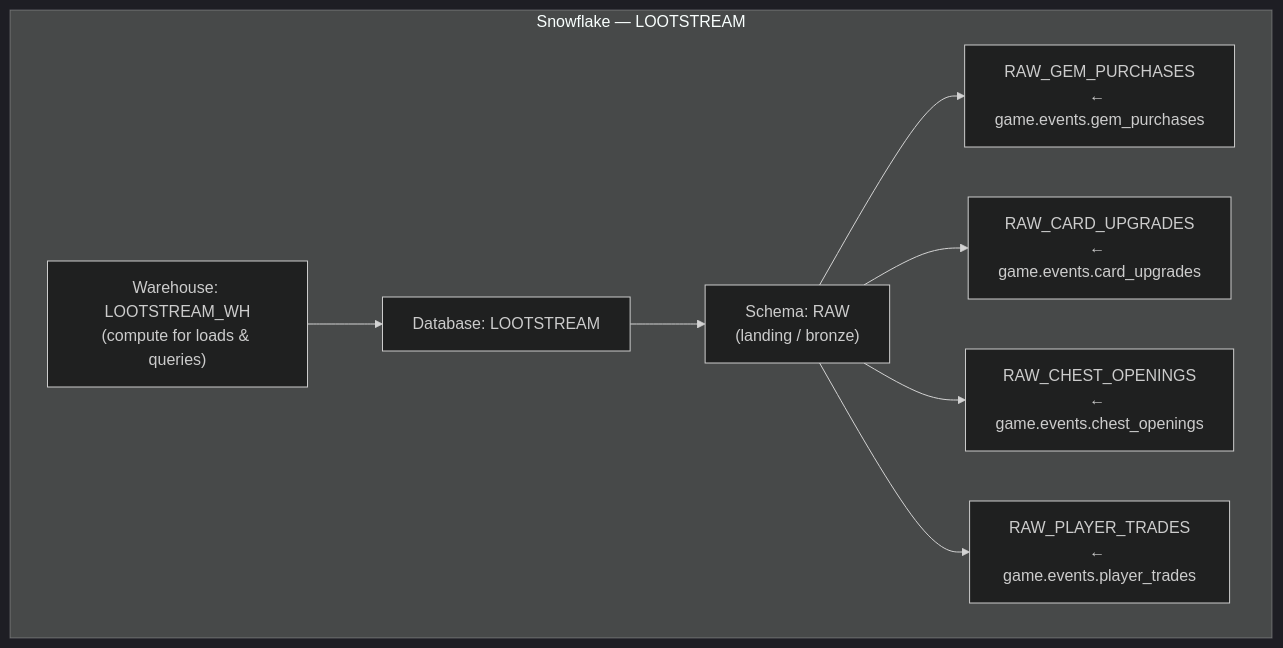
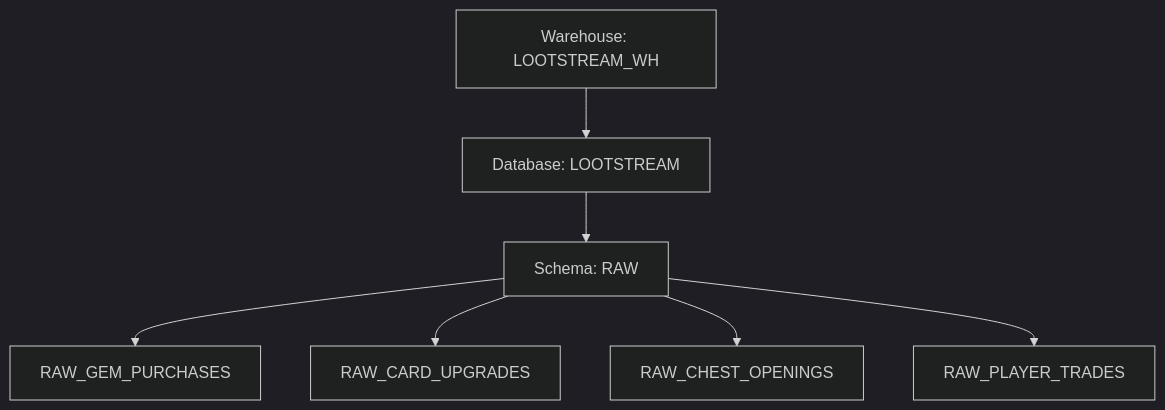
One commit to Nishieee/LootStream changed the second of 2 diagrams in README.md. Above: the diagram before and after it, drawn with Mermaid (dark theme). The commit also changed other lines of this file, not shown here.

````diff
--- a/README.md
+++ b/README.md
@@ -43,19 +37,15 @@
 ```mermaid
 flowchart TB
-  subgraph account["Snowflake — LOOTSTREAM"]
-    WH["Warehouse: LOOTSTREAM_WH\n(compute for loads & queries)"]
-    DB["Database: LOOTSTREAM"]
-    SCH["Schema: RAW\n(landing / bronze)"]
-    T1["RAW_GEM_PURCHASES\n← game.events.gem_purchases"]
-    T2["RAW_CARD_UPGRADES\n← game.events.card_upgrades"]
-    T3["RAW_CHEST_OPENINGS\n← game.events.chest_openings"]
-    T4["RAW_PLAYER_TRADES\n← game.events.player_trades"]
-  end
-
-  WH --> DB
-  DB --> SCH
+  WH["Warehouse: LOOTSTREAM_WH"]
+  DB["Database: LOOTSTREAM"]
+  SCH["Schema: RAW"]
+  T1["RAW_GEM_PURCHASES"]
+  T2["RAW_CARD_UPGRADES"]
+  T3["RAW_CHEST_OPENINGS"]
+  T4["RAW_PLAYER_TRADES"]
+  WH --> DB --> SCH
   SCH --> T1
   SCH --> T2
   SCH --> T3
   SCH --> T4
 ```
````
